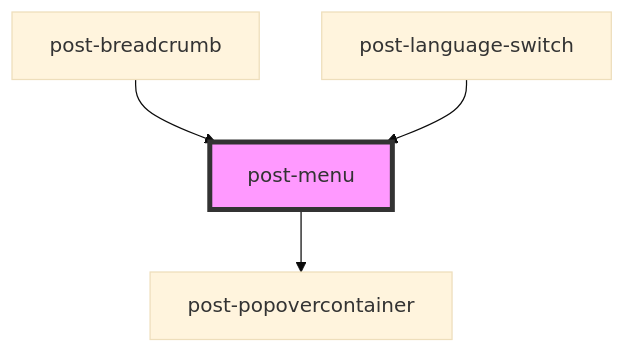
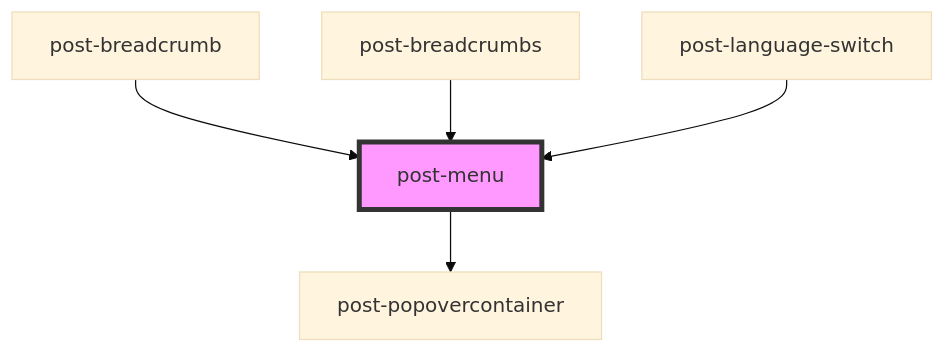
One commit to swisspost/design-system changed the diagram in packages/components/src/components/post-menu/readme.md. Above: the diagram before and after it, drawn with Mermaid (base theme). The commit also changed other lines of this file and 6 other files, not shown here.

````diff
--- a/packages/components/src/components/post-menu/readme.md
+++ b/packages/components/src/components/post-menu/readme.md
@@ -86,7 +87,8 @@
 ```mermaid
 graph TD;
   post-menu --> post-popovercontainer
   post-breadcrumb --> post-menu
+  post-breadcrumbs --> post-menu
   post-language-switch --> post-menu
   style post-menu fill:#f9f,stroke:#333,stroke-width:4px
 ```
````
